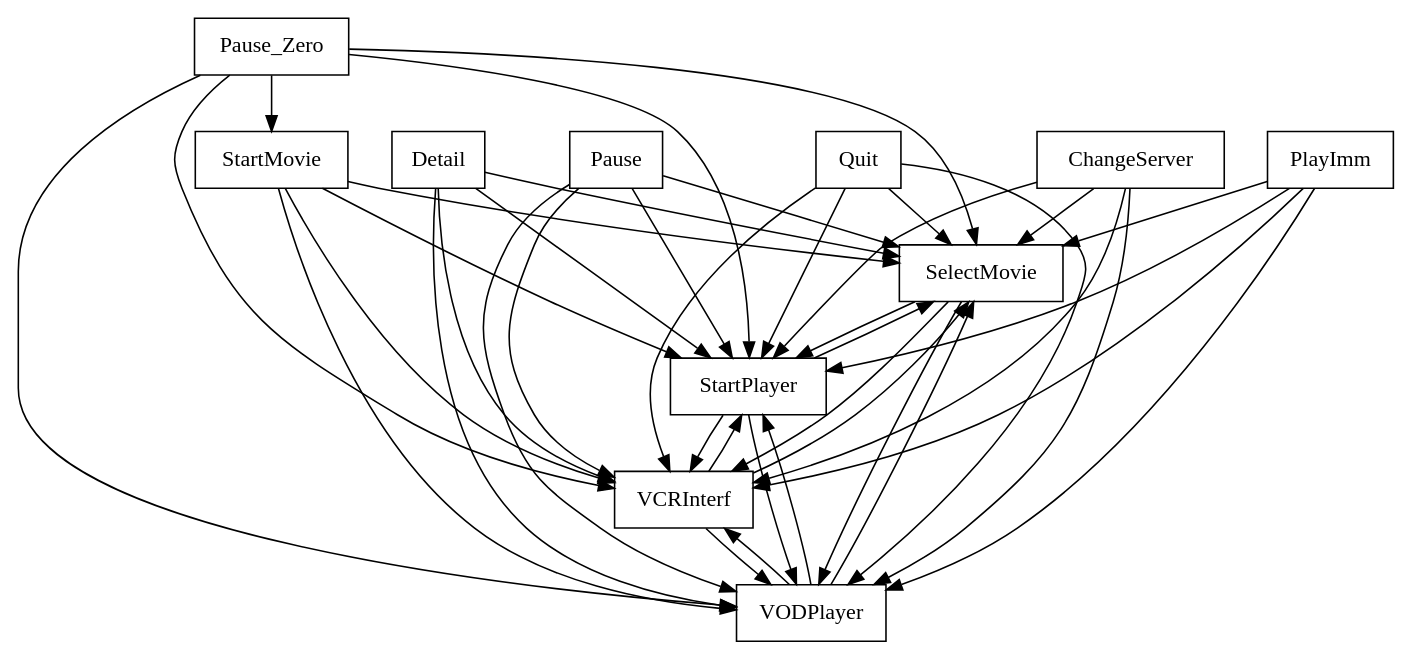
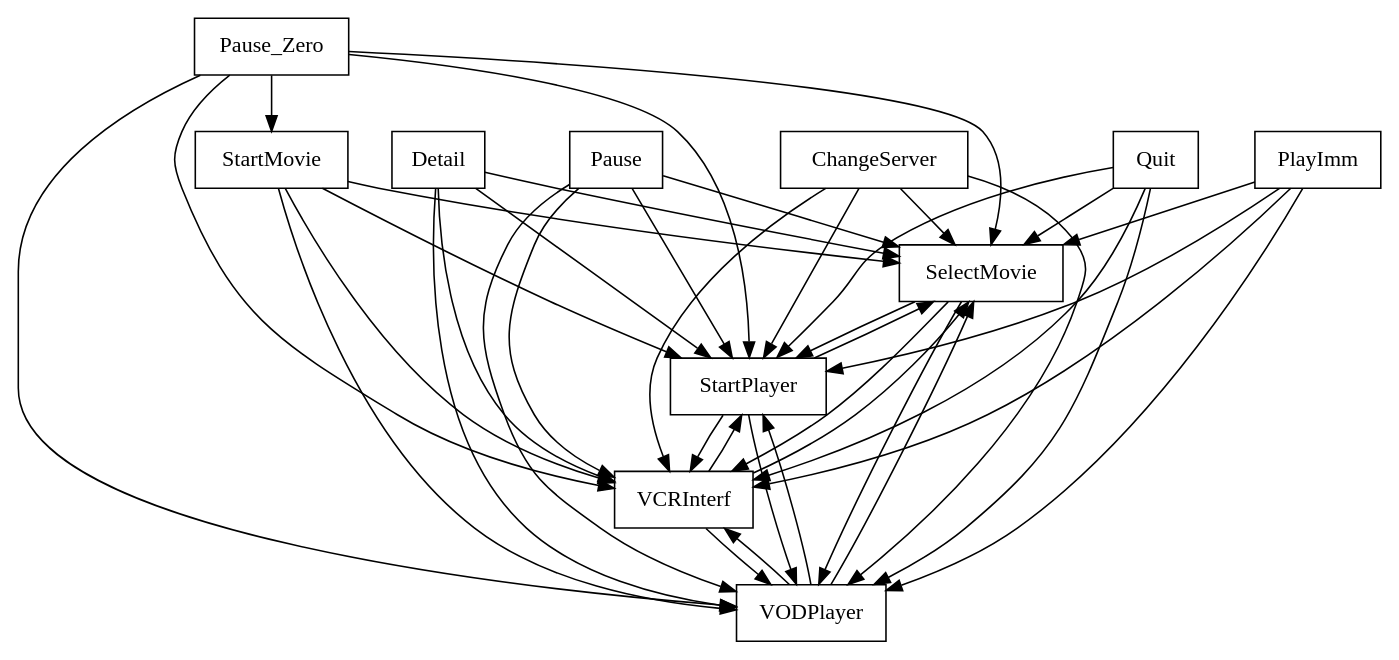
One commit to FAMILIAR-project/familiar-language changed the diagram in FAMILIAR/output/SPLOT-big/fm_27_model_20100325_298677687.xml.dot. Above: the diagram before and after it, drawn with Graphviz. The commit also changed 1259 other files, not shown here.

```diff
--- a/FAMILIAR/output/SPLOT-big/fm_27_model_20100325_298677687.xml.dot
+++ b/FAMILIAR/output/SPLOT-big/fm_27_model_20100325_298677687.xml.dot
@@ -1,57 +1,57 @@
 digraph{
 graph [rankdir=TB];
 node [shape=box];
 edge [arrowhead=normal];
 0[label="Detail",]
 1[label="SelectMovie",]
 2[label="Pause_Zero",]
-3[label="StartPlayer",]
-4[label="Pause",]
+3[label="Pause",]
+4[label="StartPlayer",]
 5[label="StartMovie",]
-6[label="Quit",]
-7[label="ChangeServer",]
-8[label="VODPlayer",]
-9[label="PlayImm",]
+6[label="ChangeServer",]
+7[label="Quit",]
+8[label="PlayImm",]
+9[label="VODPlayer",]
 10[label="VCRInterf",]
 0->1[label="",]
-0->3[label="",]
-0->8[label="",]
+0->4[label="",]
+0->9[label="",]
 0->10[label="",]
-1->3[label="",]
-1->8[label="",]
+1->4[label="",]
+1->9[label="",]
 1->10[label="",]
 2->1[label="",]
-2->3[label="",]
+2->4[label="",]
 2->5[label="",]
-2->8[label="",]
+2->9[label="",]
 2->10[label="",]
 3->1[label="",]
-3->8[label="",]
+3->4[label="",]
+3->9[label="",]
 3->10[label="",]
 4->1[label="",]
-4->3[label="",]
-4->8[label="",]
+4->9[label="",]
 4->10[label="",]
 5->1[label="",]
-5->3[label="",]
-5->8[label="",]
+5->4[label="",]
+5->9[label="",]
 5->10[label="",]
 6->1[label="",]
-6->3[label="",]
-6->8[label="",]
+6->4[label="",]
+6->9[label="",]
 6->10[label="",]
 7->1[label="",]
-7->3[label="",]
-7->8[label="",]
+7->4[label="",]
+7->9[label="",]
 7->10[label="",]
 8->1[label="",]
-8->3[label="",]
+8->4[label="",]
+8->9[label="",]
 8->10[label="",]
 9->1[label="",]
-9->3[label="",]
-9->8[label="",]
+9->4[label="",]
 9->10[label="",]
 10->1[label="",]
-10->3[label="",]
-10->8[label="",]
+10->4[label="",]
+10->9[label="",]
 }
```
